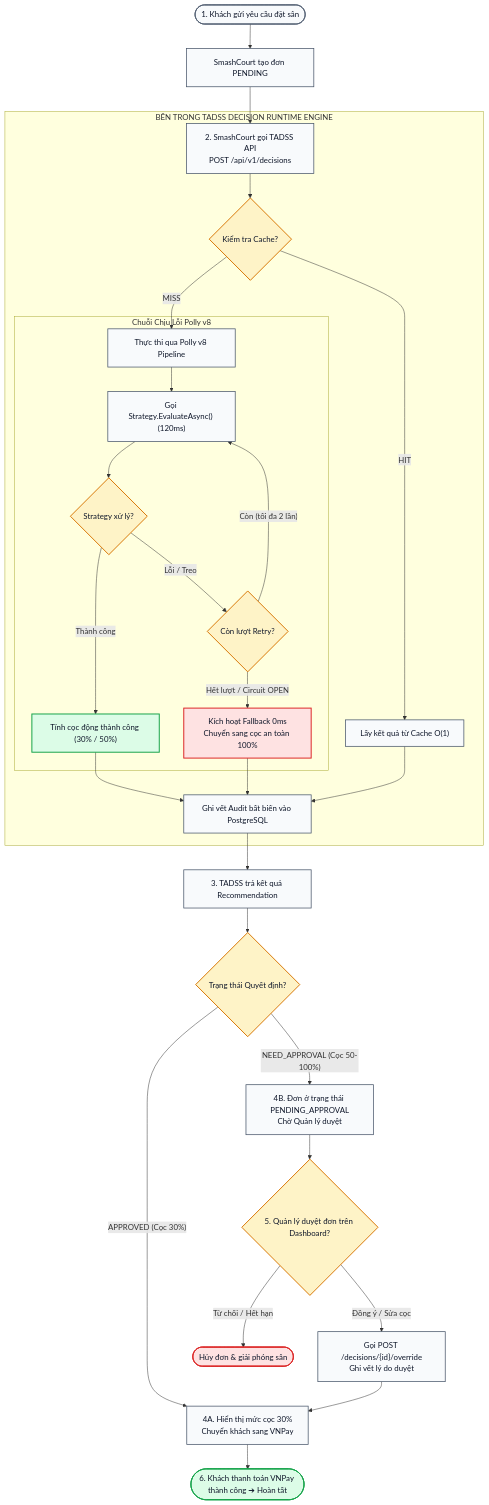
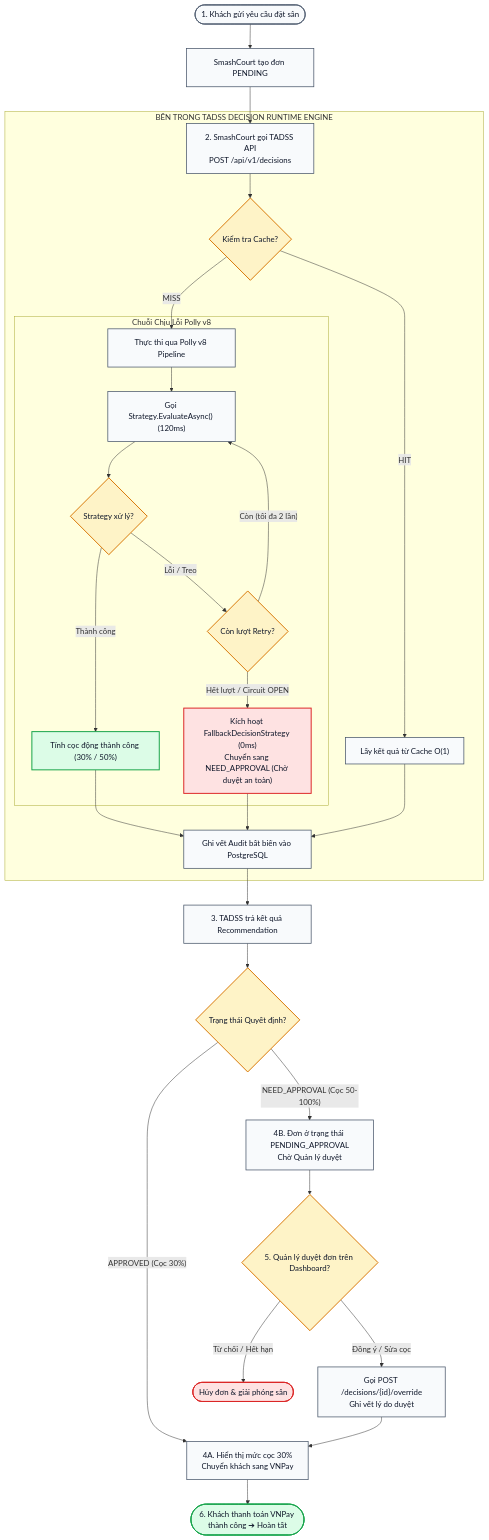
Before and after one commit to NguyenThanhTrung-N2T/TrustworthyAdaptiveDecisionSupportSystem-TADSS: the third of 7 diagrams in docs/PROJECT_BLUEPRINT_AND_SYSTEM_OVERVIEW.md, drawn with Mermaid. The commit also changed other lines of this file and 14 other files, not shown here.

````diff
--- a/docs/PROJECT_BLUEPRINT_AND_SYSTEM_OVERVIEW.md
+++ b/docs/PROJECT_BLUEPRINT_AND_SYSTEM_OVERVIEW.md
@@ -126,47 +126,47 @@
 ```mermaid
 flowchart TD
     Start([1. Khách gửi yêu cầu đặt sân]) --> SC_Pending[SmashCourt tạo đơn PENDING]
     SC_Pending --> SendTADSS["2. SmashCourt gọi TADSS API<br/>POST /api/v1/decisions"]
     
     subgraph TADSS_Core ["BÊN TRONG TADSS DECISION RUNTIME ENGINE"]
         SendTADSS --> CheckCache{Kiểm tra Cache?}
         CheckCache -- HIT --> GetCached["Lấy kết quả từ Cache O(1)"]
         CheckCache -- MISS --> RunPolly["Thực thi qua Polly v8 Pipeline"]
         
         subgraph Polly_Engine ["Chuỗi Chịu Lỗi Polly v8"]
             RunPolly --> RunStrategy["Gọi Strategy.EvaluateAsync() (120ms)"]
             RunStrategy --> StratResult{Strategy xử lý?}
             StratResult -- Thành công --> StratOK["Tính cọc động thành công (30% / 50%)"]
             StratResult -- Lỗi / Treo --> RetryCheck{Còn lượt Retry?}
             RetryCheck -- Còn (tối đa 2 lần) --> RunStrategy
-            RetryCheck -- Hết lượt / Circuit OPEN --> RunFallback["Kích hoạt Fallback 0ms<br/>Chuyển sang cọc an toàn 100%"]
+            RetryCheck -- Hết lượt / Circuit OPEN --> RunFallback["Kích hoạt FallbackDecisionStrategy (0ms)<br/>Chuyển sang NEED_APPROVAL (Chờ duyệt an toàn)"]
         end
         
         StratOK --> LogAudit
         RunFallback --> LogAudit
         GetCached --> LogAudit[Ghi vết Audit bất biến vào PostgreSQL]
     end
     
     LogAudit --> ReturnResult["3. TADSS trả kết quả Recommendation"]
     ReturnResult --> CheckStatus{Trạng thái Quyết định?}
     
     CheckStatus -- APPROVED (Cọc 30%) --> GoVNPay["4A. Hiển thị mức cọc 30%<br/>Chuyển khách sang VNPay"]
     CheckStatus -- NEED_APPROVAL (Cọc 50-100%) --> HoldBooking["4B. Đơn ở trạng thái PENDING_APPROVAL<br/>Chờ Quản lý duyệt"]
     
     HoldBooking --> ManagerReview{"5. Quản lý duyệt đơn trên Dashboard?"}
     ManagerReview -- Đồng ý / Sửa cọc --> CallOverride["Gọi POST /decisions/{id}/override<br/>Ghi vết lý do duyệt"]
     CallOverride --> GoVNPay
     ManagerReview -- Từ chối / Hết hạn --> CancelBooking([Hủy đơn & giải phóng sân])
     
     GoVNPay --> PaySuccess([6. Khách thanh toán VNPay thành công ➔ Hoàn tất])
 
     classDef normalNode fill:#f8fafc,stroke:#475569,stroke-width:1.5px,color:#0f172a;
     classDef decisionNode fill:#fef3c7,stroke:#d97706,stroke-width:2px,color:#0f172a;
     classDef successNode fill:#dcfce7,stroke:#16a34a,stroke-width:2px,color:#0f172a;
     classDef fallbackNode fill:#fee2e2,stroke:#dc2626,stroke-width:2px,color:#0f172a;
 
     class Start,SC_Pending,SendTADSS,GetCached,RunPolly,RunStrategy,LogAudit,ReturnResult,GoVNPay,HoldBooking,CallOverride normalNode;
     class CheckCache,StratResult,RetryCheck,CheckStatus,ManagerReview decisionNode;
     class StratOK,PaySuccess successNode;
     class RunFallback,CancelBooking fallbackNode;
 ```
````
